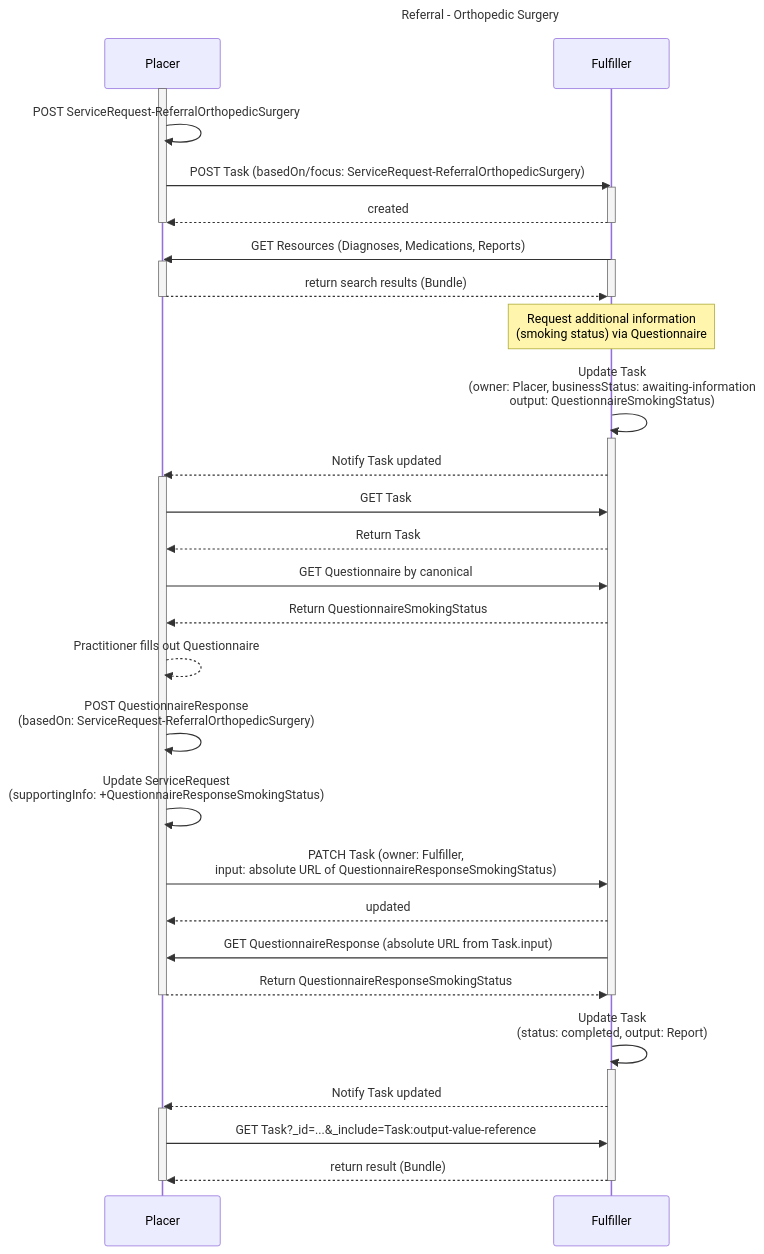
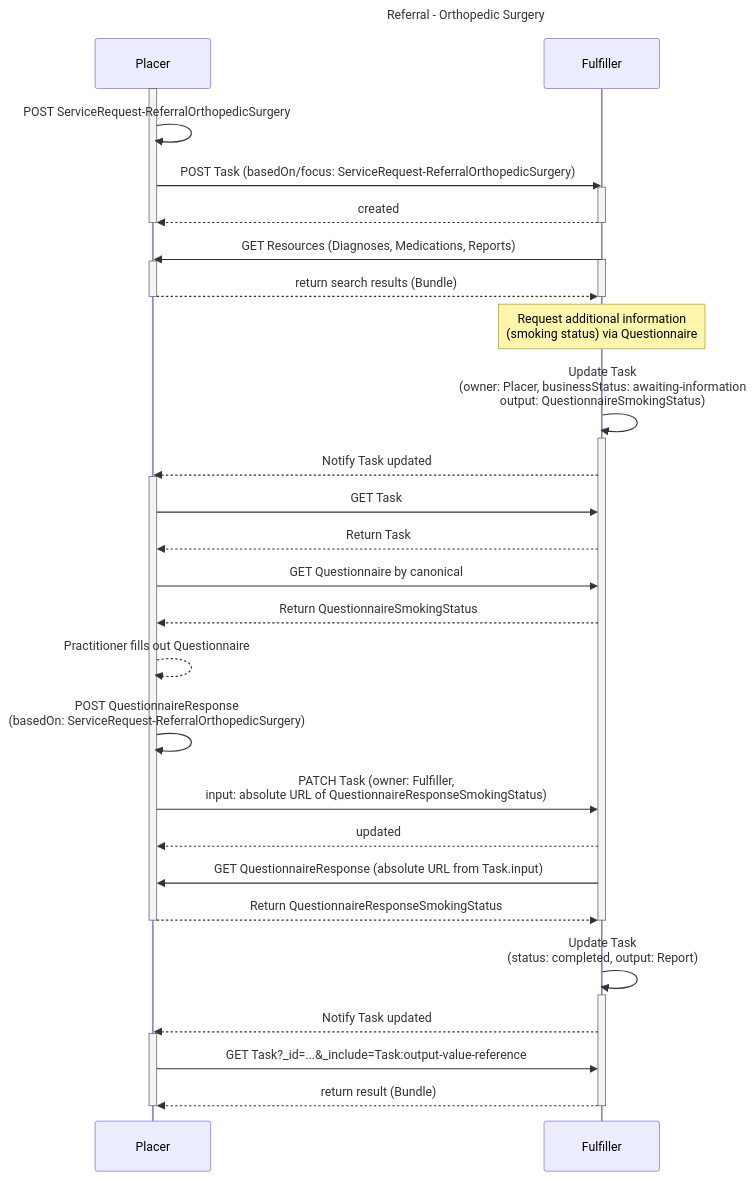
One commit to umzhconnect/umzhconnect-ig changed the diagram in input/pagecontent/usecase-referral-orthopedic.md. Above: the diagram before and after it, drawn with Mermaid. The commit also changed other lines of this file and 9 other files, not shown here.

First line of the commit message:
Anchor QuestionnaireResponse graph membership on basedOn

````diff
--- a/input/pagecontent/usecase-referral-orthopedic.md
+++ b/input/pagecontent/usecase-referral-orthopedic.md
@@ -20,51 +20,50 @@
 ```mermaid
 sequenceDiagram
     title Referral - Orthopedic Surgery
 
     participant Placer as Placer
     participant Fulfiller as Fulfiller
     activate Placer
     Placer->>Placer: POST ServiceRequest-ReferralOrthopedicSurgery
     Placer->>Fulfiller: POST Task (basedOn/focus: ServiceRequest-ReferralOrthopedicSurgery)
     activate Fulfiller
     Fulfiller-->>Placer: created
     deactivate Placer
     deactivate Fulfiller
 
     Fulfiller->>Placer: GET Resources (Diagnoses, Medications, Reports)
     activate Fulfiller
     activate Placer
     Placer-->>Fulfiller: return search results (Bundle)
     deactivate Fulfiller
     deactivate Placer
 
     Note over Fulfiller: Request additional information<br/>(smoking status) via Questionnaire
     Fulfiller->>Fulfiller: Update Task<br/>(owner: Placer, businessStatus: awaiting-information<br/>output: QuestionnaireSmokingStatus)
     activate Fulfiller
     Fulfiller-->>Placer: Notify Task updated
     activate Placer
     Placer->>Fulfiller: GET Task
     Fulfiller-->>Placer: Return Task
     Placer->>Fulfiller: GET Questionnaire by canonical
     Fulfiller-->>Placer: Return QuestionnaireSmokingStatus
     Placer-->>Placer: Practitioner fills out Questionnaire
     Placer->>Placer: POST QuestionnaireResponse<br/>(basedOn: ServiceRequest-ReferralOrthopedicSurgery)
-    Placer->>Placer: Update ServiceRequest<br/>(supportingInfo: +QuestionnaireResponseSmokingStatus)
     Placer->>Fulfiller: PATCH Task (owner: Fulfiller,<br/>input: absolute URL of QuestionnaireResponseSmokingStatus)
     Fulfiller-->>Placer: updated
     Fulfiller->>Placer: GET QuestionnaireResponse (absolute URL from Task.input)
     Placer-->>Fulfiller: Return QuestionnaireResponseSmokingStatus
     deactivate Placer
     deactivate Fulfiller
 
     Fulfiller->>Fulfiller: Update Task<br/>(status: completed, output: Report)
     activate Fulfiller
     Fulfiller-->>Placer: Notify Task updated
     activate Placer
     Placer->> Fulfiller: GET Task?_id=...&_include=Task:output-value-reference
     Fulfiller-->>Placer: return result (Bundle)
     deactivate Placer
     deactivate Fulfiller
 
 
 ```
````
